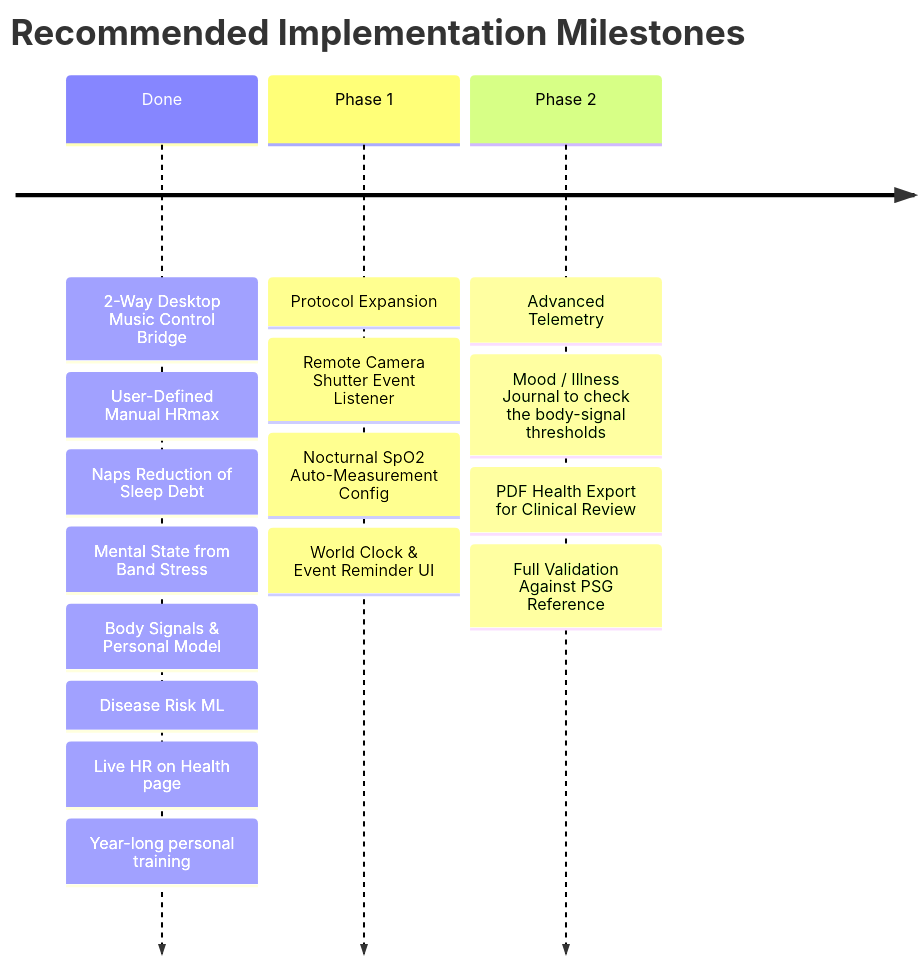
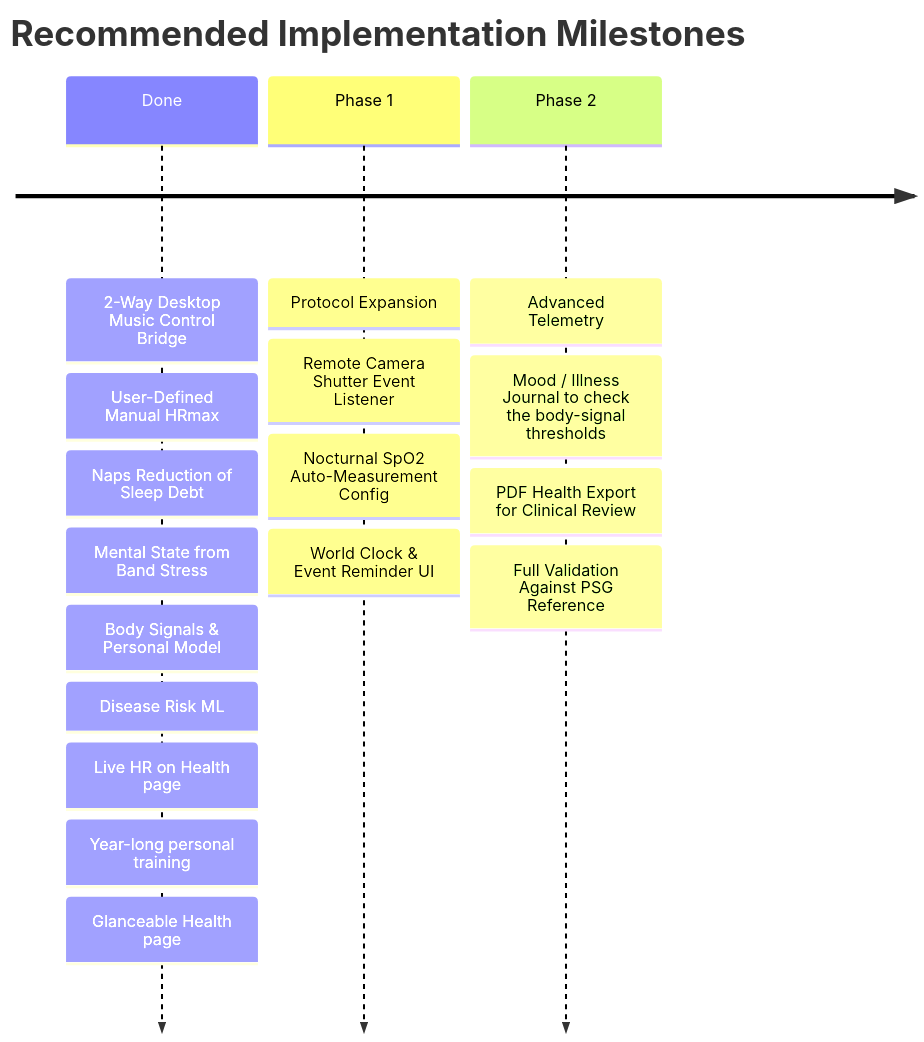
The third of 3 diagrams in EVALUATION.md (nhatanhpico/MiBand6), drawn with Mermaid before and after one commit. The commit also changed other lines of this file and 9 other files, not shown here.

````diff
--- a/EVALUATION.md
+++ b/EVALUATION.md
@@ -249,7 +249,7 @@
 ```mermaid
 timeline
     title Recommended Implementation Milestones
-    Done : 2-Way Desktop Music Control Bridge : User-Defined Manual HRmax : Naps Reduction of Sleep Debt : Mental State from Band Stress : Body Signals & Personal Model : Disease Risk ML : Live HR on Health page : Year-long personal training
+    Done : 2-Way Desktop Music Control Bridge : User-Defined Manual HRmax : Naps Reduction of Sleep Debt : Mental State from Band Stress : Body Signals & Personal Model : Disease Risk ML : Live HR on Health page : Year-long personal training : Glanceable Health page
     Phase 1 : Protocol Expansion : Remote Camera Shutter Event Listener : Nocturnal SpO2 Auto-Measurement Config : World Clock & Event Reminder UI
     Phase 2 : Advanced Telemetry : Mood / Illness Journal to check the body-signal thresholds : PDF Health Export for Clinical Review : Full Validation Against PSG Reference
 ```
````
